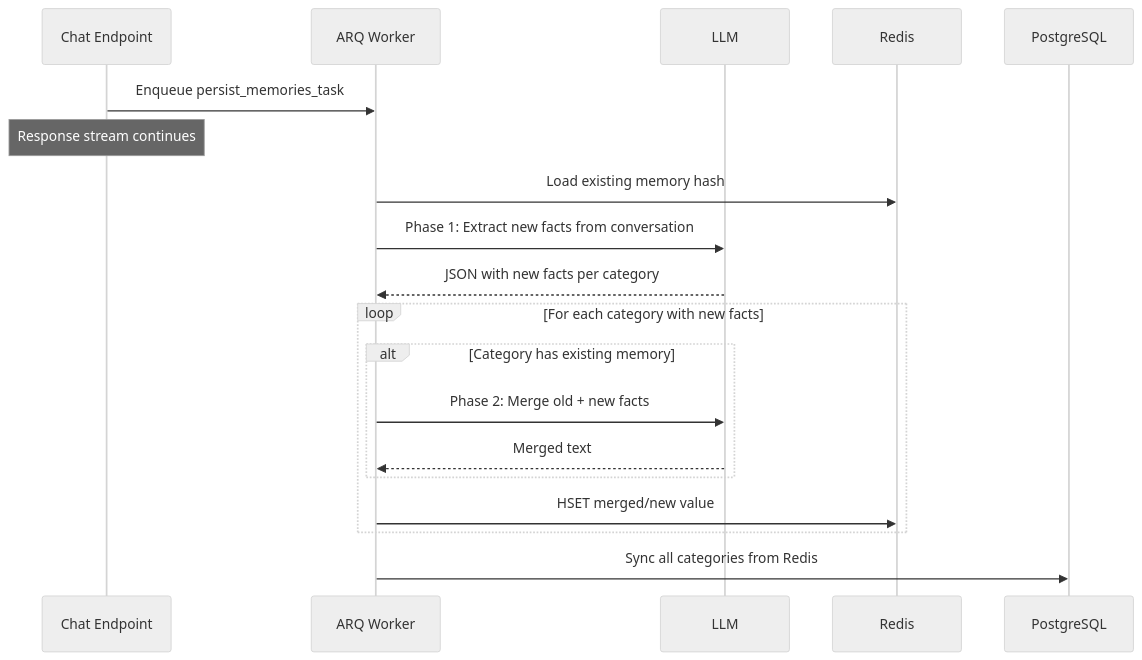
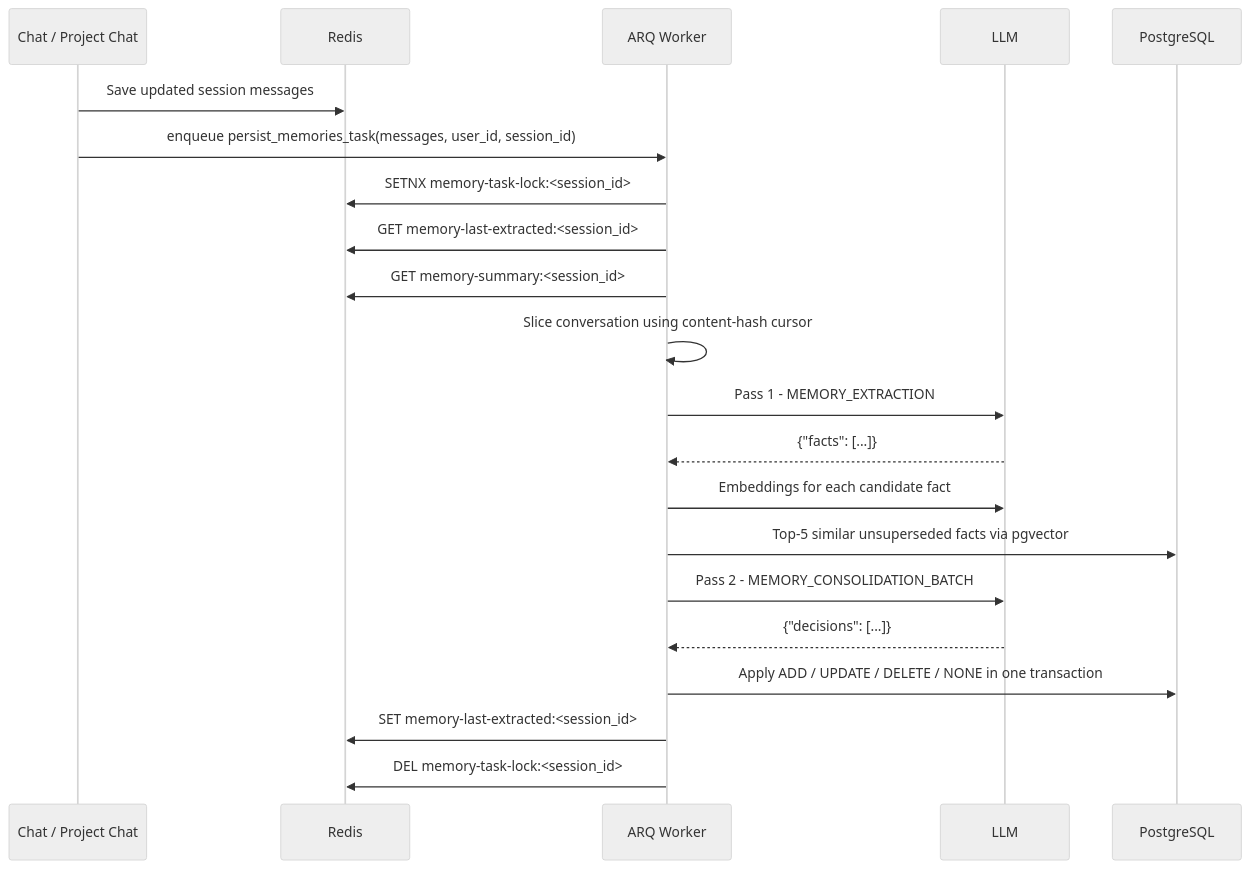
The second of 2 diagrams in docs/architecture/memory.md (Pragadeesh122/AgenticRag), drawn with Mermaid (neutral theme) before and after one commit. The commit also changed other lines of this file and 1 other file, not shown here.

Commit message:
Document atomic memory architecture

````diff
--- a/docs/architecture/memory.md
+++ b/docs/architecture/memory.md
@@ -69,25 +131,28 @@
 ```mermaid
 sequenceDiagram
-    participant Chat as Chat Endpoint
+    participant Chat as Chat / Project Chat
+    participant Redis as Redis
     participant ARQ as ARQ Worker
     participant LLM as LLM
-    participant R as Redis
     participant PG as PostgreSQL
 
-    Chat->>ARQ: Enqueue persist_memories_task
-    Note over Chat: Response stream continues
+    Chat->>Redis: Save updated session messages
+    Chat->>ARQ: enqueue persist_memories_task(messages, user_id, session_id)
 
-    ARQ->>R: Load existing memory hash
-    ARQ->>LLM: Phase 1: Extract new facts from conversation
-    LLM-->>ARQ: JSON with new facts per category
+    ARQ->>Redis: SETNX memory-task-lock:<session_id>
+    ARQ->>Redis: GET memory-last-extracted:<session_id>
+    ARQ->>Redis: GET memory-summary:<session_id>
+    ARQ->>ARQ: Slice conversation using content-hash cursor
 
-    loop For each category with new facts
-        alt Category has existing memory
-            ARQ->>LLM: Phase 2: Merge old + new facts
-            LLM-->>ARQ: Merged text
-        end
-        ARQ->>R: HSET merged/new value
-    end
+    ARQ->>LLM: Pass 1 - MEMORY_EXTRACTION
+    LLM-->>ARQ: {"facts": [...]}
 
-    ARQ->>PG: Sync all categories from Redis
+    ARQ->>LLM: Embeddings for each candidate fact
+    ARQ->>PG: Top-5 similar unsuperseded facts via pgvector
+    ARQ->>LLM: Pass 2 - MEMORY_CONSOLIDATION_BATCH
+    LLM-->>ARQ: {"decisions": [...]}
+
+    ARQ->>PG: Apply ADD / UPDATE / DELETE / NONE in one transaction
+    ARQ->>Redis: SET memory-last-extracted:<session_id>
+    ARQ->>Redis: DEL memory-task-lock:<session_id>
 ```
````
